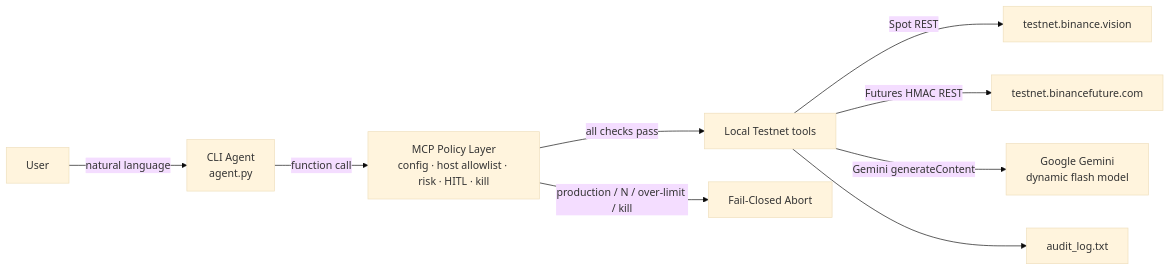
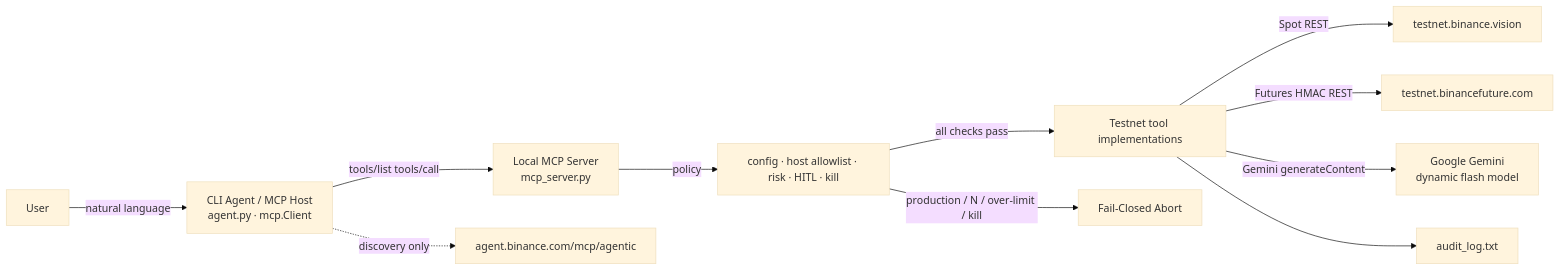
Before and after one commit to jubayir-hub-69/sentinel_os: the diagram in README.md, drawn with Mermaid (base theme). The commit also changed other lines of this file and 11 other files, not shown here.

Commit message:
Final Polish: Verified fully compliant local MCP architecture with working Futures SL/TP, intact guardrails, and environment labeling

````diff
--- a/README.md
+++ b/README.md
@@ -142,11 +143,13 @@
 ```mermaid
 flowchart LR
-    U[User] -->|natural language| A[CLI Agent<br/>agent.py]
-    A -->|function call| P[MCP Policy Layer<br/>config · host allowlist · risk · HITL · kill]
-    P -->|all checks pass| T[Local Testnet tools]
+    U[User] -->|natural language| A[CLI Agent / MCP Host<br/>agent.py · mcp.Client]
+    A -->|tools/list tools/call| M[Local MCP Server<br/>mcp_server.py]
+    M -->|policy| P[config · host allowlist · risk · HITL · kill]
+    P -->|all checks pass| T[Testnet tool implementations]
     P -->|production / N / over-limit / kill| X[Fail-Closed Abort]
     T -->|Spot REST| S[testnet.binance.vision]
     T -->|Futures HMAC REST| F[testnet.binancefuture.com]
     T -->|Gemini generateContent| G[Google Gemini<br/>dynamic flash model]
     T --> AU[audit_log.txt]
+    A -.->|discovery only| H[agent.binance.com/mcp/agentic]
 ```
````
